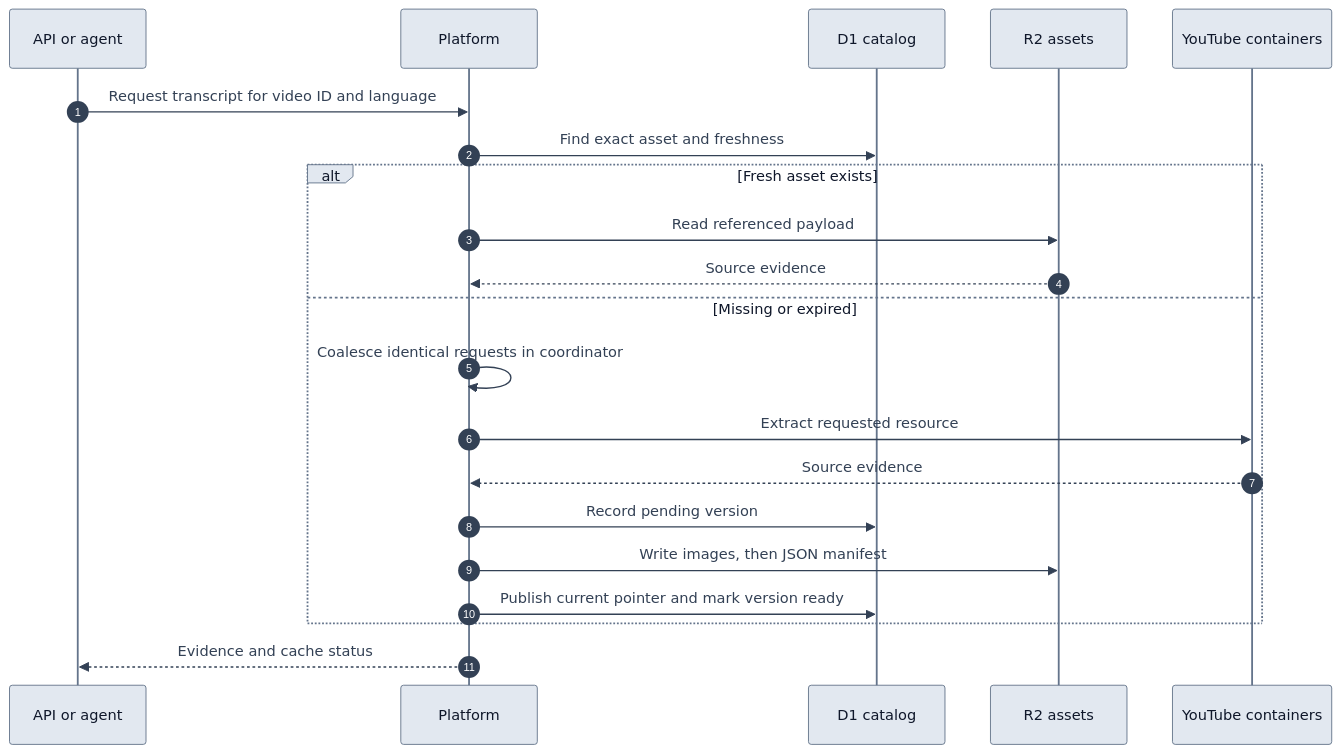
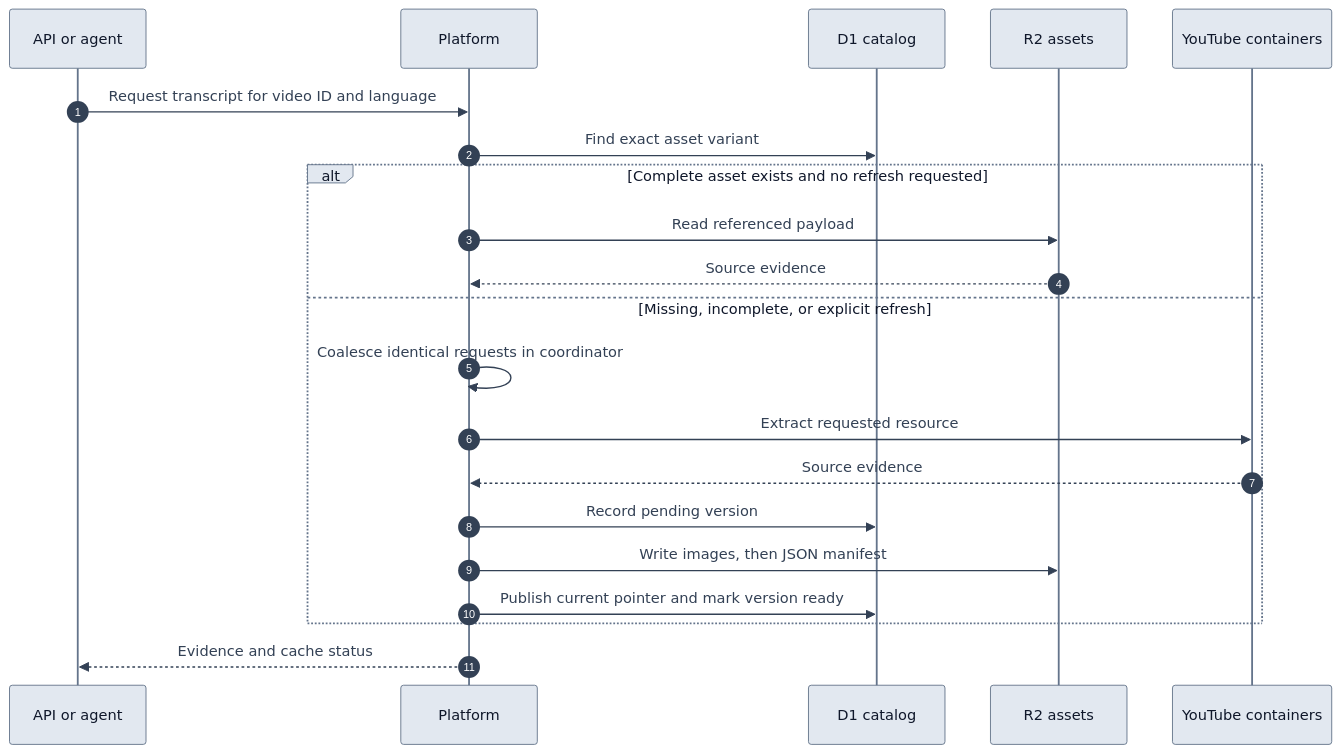
One commit to devhims/video2ctx changed the first of 2 diagrams in reference/engineering/VIDEO_CATALOG.md. Above: the diagram before and after it, drawn with Mermaid. The commit also changed other lines of this file and 29 other files, not shown here.

Commit message:
Reuse saved video data unless a refresh is requested (#89)

````diff
--- a/reference/engineering/VIDEO_CATALOG.md
+++ b/reference/engineering/VIDEO_CATALOG.md
@@ -9,24 +9,24 @@
 ```mermaid
 %%{init: {'theme': 'base', 'themeVariables': {'signalColor': '#334155', 'signalTextColor': '#334155', 'sequenceNumberColor': '#ffffff', 'actorBkg': '#e2e8f0', 'actorTextColor': '#0f172a', 'actorBorder': '#64748b'}}}%%
 sequenceDiagram
     autonumber
     participant Caller as API or agent
     participant App as Platform
     participant DB as D1 catalog
     participant Store as R2 assets
     participant Source as YouTube containers
     Caller->>App: Request transcript for video ID and language
-    App->>DB: Find exact asset and freshness
-    alt Fresh asset exists
+    App->>DB: Find exact asset variant
+    alt Complete asset exists and no refresh requested
         App->>Store: Read referenced payload
         Store-->>App: Source evidence
-    else Missing or expired
+    else Missing, incomplete, or explicit refresh
         App->>App: Coalesce identical requests in coordinator
         App->>Source: Extract requested resource
         Source-->>App: Source evidence
         App->>DB: Record pending version
         App->>Store: Write images, then JSON manifest
         App->>DB: Publish current pointer and mark version ready
     end
     App-->>Caller: Evidence and cache status
 ```
````
